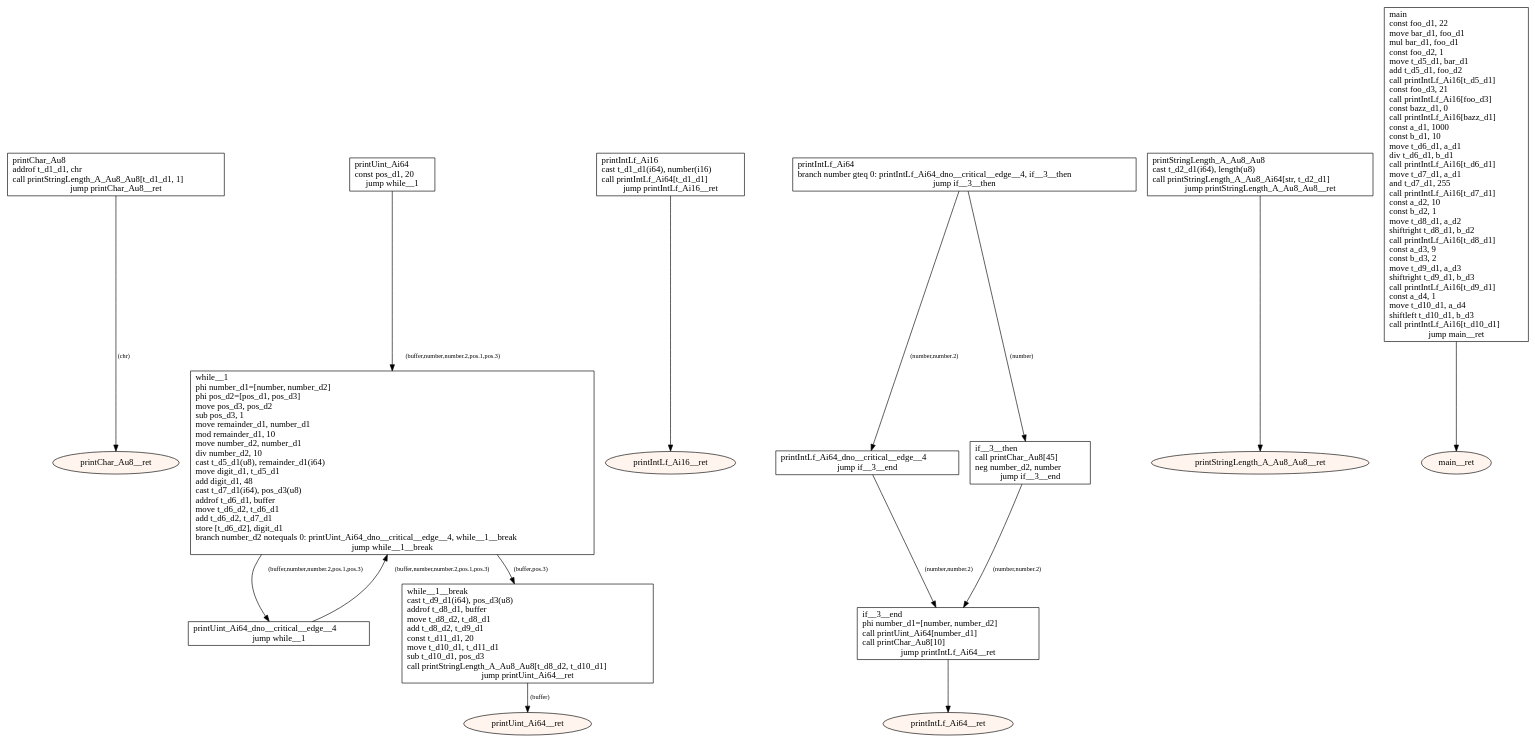
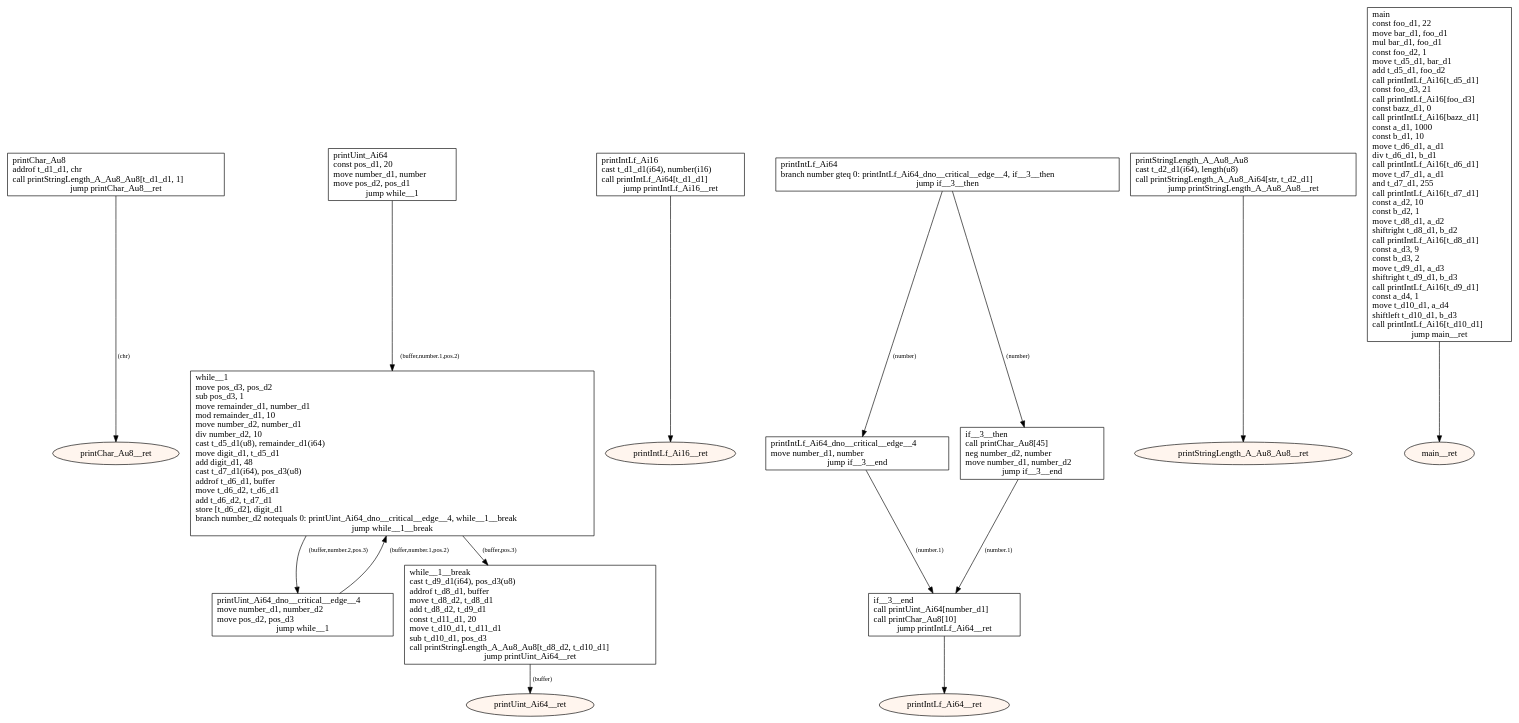
The diagram in src/main/resources-test/compiler/windows/arithmetics.dot (tmssngr/tinyC), drawn with Graphviz before and after one commit. The commit also changed 155 other files, not shown here.

```diff
--- a/src/main/resources-test/compiler/windows/arithmetics.dot
+++ b/src/main/resources-test/compiler/windows/arithmetics.dot
@@ -1,47 +1,47 @@
 digraph program {
 	edge[fontsize="10pt"];
 	subgraph fn_printChar_Au8 {
 		BasicBlock_0_printChar_Au8 [label="printChar_Au8\laddrof t_d1_d1, chr\lcall printStringLength_A_Au8_Au8[t_d1_d1, 1]\ljump printChar_Au8__ret",shape=box];
 		BasicBlock_0_printChar_Au8 -> BasicBlock_0_printChar_Au8__ret [label="(chr)"];
 		BasicBlock_0_printChar_Au8__ret [label="printChar_Au8__ret",shape=oval,style=filled,fillcolor="#fff5ee"];
 	}
 	subgraph fn_printUint_Ai64 {
-		BasicBlock_1_printUint_Ai64 [label="printUint_Ai64\lconst pos_d1, 20\ljump while__1",shape=box];
-		BasicBlock_1_printUint_Ai64 -> BasicBlock_1_while__1 [label="(buffer,number,number.2,pos.1,pos.3)"];
-		BasicBlock_1_printUint_Ai64_dno__critical__edge__4 [label="printUint_Ai64_dno__critical__edge__4\ljump while__1",shape=box];
-		BasicBlock_1_printUint_Ai64_dno__critical__edge__4 -> BasicBlock_1_while__1 [label="(buffer,number,number.2,pos.1,pos.3)"];
-		BasicBlock_1_while__1 [label="while__1\lphi number_d1=[number, number_d2]\lphi pos_d2=[pos_d1, pos_d3]\lmove pos_d3, pos_d2\lsub pos_d3, 1\lmove remainder_d1, number_d1\lmod remainder_d1, 10\lmove number_d2, number_d1\ldiv number_d2, 10\lcast t_d5_d1(u8), remainder_d1(i64)\lmove digit_d1, t_d5_d1\ladd digit_d1, 48\lcast t_d7_d1(i64), pos_d3(u8)\laddrof t_d6_d1, buffer\lmove t_d6_d2, t_d6_d1\ladd t_d6_d2, t_d7_d1\lstore [t_d6_d2], digit_d1\lbranch number_d2 notequals 0: printUint_Ai64_dno__critical__edge__4, while__1__break\ljump while__1__break",shape=box];
-		BasicBlock_1_while__1 -> BasicBlock_1_printUint_Ai64_dno__critical__edge__4 [label="(buffer,number,number.2,pos.1,pos.3)"];
+		BasicBlock_1_printUint_Ai64 [label="printUint_Ai64\lconst pos_d1, 20\lmove number_d1, number\lmove pos_d2, pos_d1\ljump while__1",shape=box];
+		BasicBlock_1_printUint_Ai64 -> BasicBlock_1_while__1 [label="(buffer,number.1,pos.2)"];
+		BasicBlock_1_printUint_Ai64_dno__critical__edge__4 [label="printUint_Ai64_dno__critical__edge__4\lmove number_d1, number_d2\lmove pos_d2, pos_d3\ljump while__1",shape=box];
+		BasicBlock_1_printUint_Ai64_dno__critical__edge__4 -> BasicBlock_1_while__1 [label="(buffer,number.1,pos.2)"];
+		BasicBlock_1_while__1 [label="while__1\lmove pos_d3, pos_d2\lsub pos_d3, 1\lmove remainder_d1, number_d1\lmod remainder_d1, 10\lmove number_d2, number_d1\ldiv number_d2, 10\lcast t_d5_d1(u8), remainder_d1(i64)\lmove digit_d1, t_d5_d1\ladd digit_d1, 48\lcast t_d7_d1(i64), pos_d3(u8)\laddrof t_d6_d1, buffer\lmove t_d6_d2, t_d6_d1\ladd t_d6_d2, t_d7_d1\lstore [t_d6_d2], digit_d1\lbranch number_d2 notequals 0: printUint_Ai64_dno__critical__edge__4, while__1__break\ljump while__1__break",shape=box];
+		BasicBlock_1_while__1 -> BasicBlock_1_printUint_Ai64_dno__critical__edge__4 [label="(buffer,number.2,pos.3)"];
 		BasicBlock_1_while__1 -> BasicBlock_1_while__1__break [label="(buffer,pos.3)"];
 		BasicBlock_1_while__1__break [label="while__1__break\lcast t_d9_d1(i64), pos_d3(u8)\laddrof t_d8_d1, buffer\lmove t_d8_d2, t_d8_d1\ladd t_d8_d2, t_d9_d1\lconst t_d11_d1, 20\lmove t_d10_d1, t_d11_d1\lsub t_d10_d1, pos_d3\lcall printStringLength_A_Au8_Au8[t_d8_d2, t_d10_d1]\ljump printUint_Ai64__ret",shape=box];
 		BasicBlock_1_while__1__break -> BasicBlock_1_printUint_Ai64__ret [label="(buffer)"];
 		BasicBlock_1_printUint_Ai64__ret [label="printUint_Ai64__ret",shape=oval,style=filled,fillcolor="#fff5ee"];
 	}
 	subgraph fn_printIntLf_Ai16 {
 		BasicBlock_2_printIntLf_Ai16 [label="printIntLf_Ai16\lcast t_d1_d1(i64), number(i16)\lcall printIntLf_Ai64[t_d1_d1]\ljump printIntLf_Ai16__ret",shape=box];
 		BasicBlock_2_printIntLf_Ai16 -> BasicBlock_2_printIntLf_Ai16__ret;
 		BasicBlock_2_printIntLf_Ai16__ret [label="printIntLf_Ai16__ret",shape=oval,style=filled,fillcolor="#fff5ee"];
 	}
 	subgraph fn_printIntLf_Ai64 {
 		BasicBlock_3_printIntLf_Ai64 [label="printIntLf_Ai64\lbranch number gteq 0: printIntLf_Ai64_dno__critical__edge__4, if__3__then\ljump if__3__then",shape=box];
-		BasicBlock_3_printIntLf_Ai64 -> BasicBlock_3_printIntLf_Ai64_dno__critical__edge__4 [label="(number,number.2)"];
+		BasicBlock_3_printIntLf_Ai64 -> BasicBlock_3_printIntLf_Ai64_dno__critical__edge__4 [label="(number)"];
 		BasicBlock_3_printIntLf_Ai64 -> BasicBlock_3_if__3__then [label="(number)"];
-		BasicBlock_3_printIntLf_Ai64_dno__critical__edge__4 [label="printIntLf_Ai64_dno__critical__edge__4\ljump if__3__end",shape=box];
-		BasicBlock_3_printIntLf_Ai64_dno__critical__edge__4 -> BasicBlock_3_if__3__end [label="(number,number.2)"];
-		BasicBlock_3_if__3__then [label="if__3__then\lcall printChar_Au8[45]\lneg number_d2, number\ljump if__3__end",shape=box];
-		BasicBlock_3_if__3__then -> BasicBlock_3_if__3__end [label="(number,number.2)"];
-		BasicBlock_3_if__3__end [label="if__3__end\lphi number_d1=[number, number_d2]\lcall printUint_Ai64[number_d1]\lcall printChar_Au8[10]\ljump printIntLf_Ai64__ret",shape=box];
+		BasicBlock_3_printIntLf_Ai64_dno__critical__edge__4 [label="printIntLf_Ai64_dno__critical__edge__4\lmove number_d1, number\ljump if__3__end",shape=box];
+		BasicBlock_3_printIntLf_Ai64_dno__critical__edge__4 -> BasicBlock_3_if__3__end [label="(number.1)"];
+		BasicBlock_3_if__3__then [label="if__3__then\lcall printChar_Au8[45]\lneg number_d2, number\lmove number_d1, number_d2\ljump if__3__end",shape=box];
+		BasicBlock_3_if__3__then -> BasicBlock_3_if__3__end [label="(number.1)"];
+		BasicBlock_3_if__3__end [label="if__3__end\lcall printUint_Ai64[number_d1]\lcall printChar_Au8[10]\ljump printIntLf_Ai64__ret",shape=box];
 		BasicBlock_3_if__3__end -> BasicBlock_3_printIntLf_Ai64__ret;
 		BasicBlock_3_printIntLf_Ai64__ret [label="printIntLf_Ai64__ret",shape=oval,style=filled,fillcolor="#fff5ee"];
 	}
 	subgraph fn_printStringLength_A_Au8_Au8 {
 		BasicBlock_4_printStringLength_A_Au8_Au8 [label="printStringLength_A_Au8_Au8\lcast t_d2_d1(i64), length(u8)\lcall printStringLength_A_Au8_Ai64[str, t_d2_d1]\ljump printStringLength_A_Au8_Au8__ret",shape=box];
 		BasicBlock_4_printStringLength_A_Au8_Au8 -> BasicBlock_4_printStringLength_A_Au8_Au8__ret;
 		BasicBlock_4_printStringLength_A_Au8_Au8__ret [label="printStringLength_A_Au8_Au8__ret",shape=oval,style=filled,fillcolor="#fff5ee"];
 	}
 	subgraph fn_main {
 		BasicBlock_5_main [label="main\lconst foo_d1, 22\lmove bar_d1, foo_d1\lmul bar_d1, foo_d1\lconst foo_d2, 1\lmove t_d5_d1, bar_d1\ladd t_d5_d1, foo_d2\lcall printIntLf_Ai16[t_d5_d1]\lconst foo_d3, 21\lcall printIntLf_Ai16[foo_d3]\lconst bazz_d1, 0\lcall printIntLf_Ai16[bazz_d1]\lconst a_d1, 1000\lconst b_d1, 10\lmove t_d6_d1, a_d1\ldiv t_d6_d1, b_d1\lcall printIntLf_Ai16[t_d6_d1]\lmove t_d7_d1, a_d1\land t_d7_d1, 255\lcall printIntLf_Ai16[t_d7_d1]\lconst a_d2, 10\lconst b_d2, 1\lmove t_d8_d1, a_d2\lshiftright t_d8_d1, b_d2\lcall printIntLf_Ai16[t_d8_d1]\lconst a_d3, 9\lconst b_d3, 2\lmove t_d9_d1, a_d3\lshiftright t_d9_d1, b_d3\lcall printIntLf_Ai16[t_d9_d1]\lconst a_d4, 1\lmove t_d10_d1, a_d4\lshiftleft t_d10_d1, b_d3\lcall printIntLf_Ai16[t_d10_d1]\ljump main__ret",shape=box];
 		BasicBlock_5_main -> BasicBlock_5_main__ret;
 		BasicBlock_5_main__ret [label="main__ret",shape=oval,style=filled,fillcolor="#fff5ee"];
 	}
 }
```
